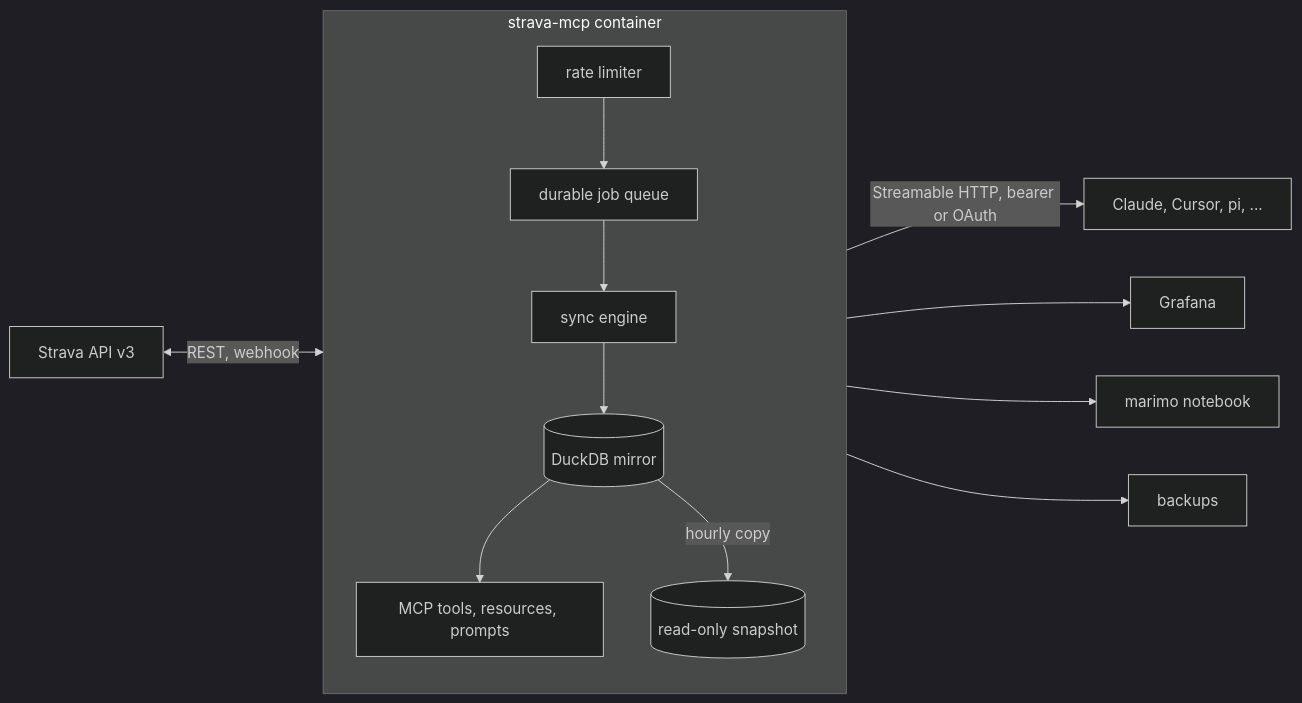
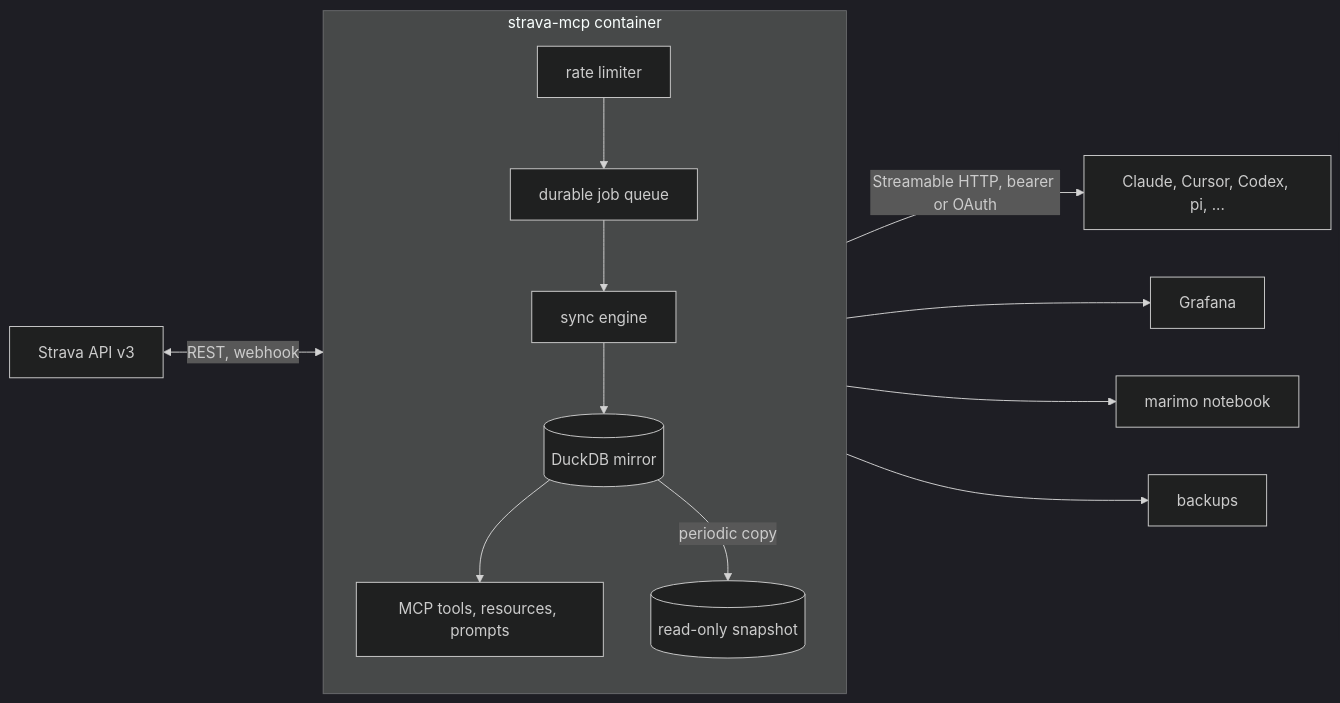
Before and after one commit to justmytwospence/strava-mcp: the diagram in README.md, drawn with Mermaid (dark theme). The commit also changed other lines of this file and 1 other file, not shown here.

````diff
--- a/README.md
+++ b/README.md
@@ -10,16 +22,16 @@
 ```mermaid
 flowchart LR
   strava[Strava API v3]
   subgraph server [strava-mcp container]
     direction TB
     limiter[rate limiter] --> queue[durable job queue] --> engine[sync engine]
     engine --> mirror[(DuckDB mirror)]
     mirror --> tools[MCP tools, resources, prompts]
-    mirror -- hourly copy --> snapshot[(read-only snapshot)]
+    mirror -- periodic copy --> snapshot[(read-only snapshot)]
   end
   strava <-->|REST, webhook| limiter
-  tools -->|Streamable HTTP, bearer or OAuth| client[Claude, Cursor, pi, ...]
+  tools -->|Streamable HTTP, bearer or OAuth| client[Claude, Cursor, Codex, pi, ...]
   snapshot --> grafana[Grafana]
   snapshot --> marimo[marimo notebook]
   snapshot --> backup[backups]
 ```
````
